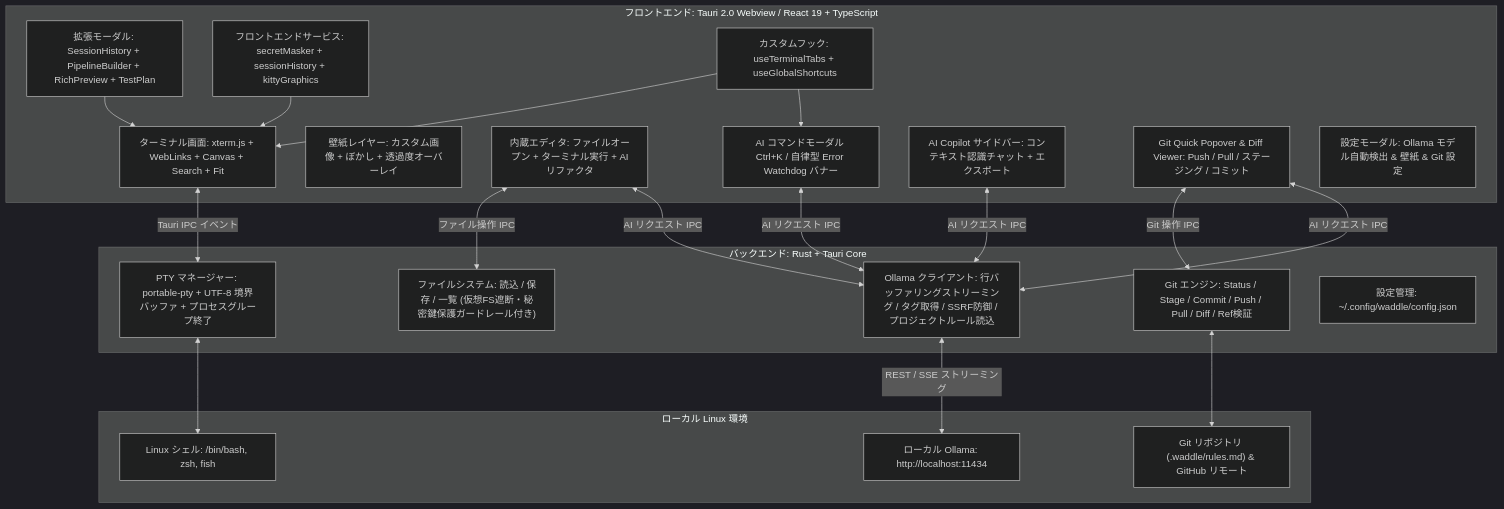
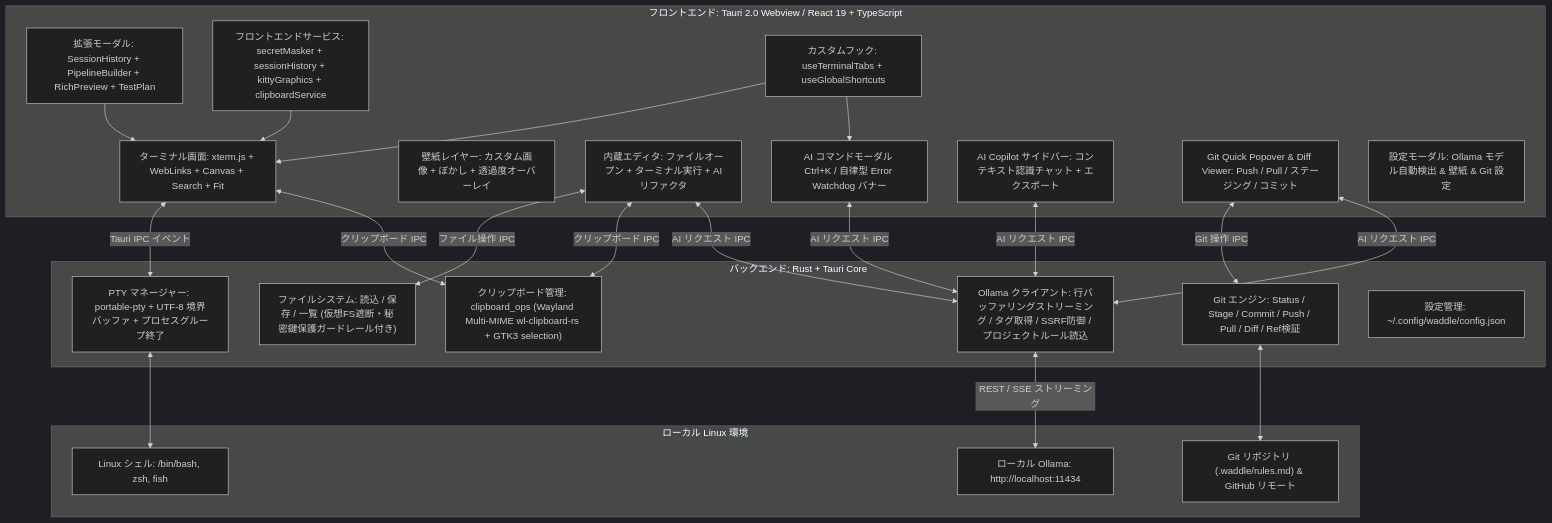
One commit to wammed/Waddle changed the first of 4 diagrams in docs/ARCHITECTURE.ja.md. Above: the diagram before and after it, drawn with Mermaid (dark theme). The commit also changed other lines of this file and 28 other files, not shown here.

Commit message:
docs: sync documentation suite for clipboard and Wayland multi-MIME

````diff
--- a/docs/ARCHITECTURE.ja.md
+++ b/docs/ARCHITECTURE.ja.md
@@ -9,41 +9,43 @@
 ```mermaid
 graph TD
     subgraph UI_Layer ["フロントエンド: Tauri 2.0 Webview / React 19 + TypeScript"]
         TermView["ターミナル画面: xterm.js + WebLinks + Canvas + Search + Fit"]
         WallLayer["壁紙レイヤー: カスタム画像 + ぼかし + 透過度オーバーレイ"]
         Editor["内蔵エディタ: ファイルオープン + ターミナル実行 + AIリファクタ"]
         AIOverlay["AI コマンドモーダル Ctrl+K / 自律型 Error Watchdog バナー"]
         Copilot["AI Copilot サイドバー: コンテキスト認識チャット + エクスポート"]
         GitUI["Git Quick Popover & Diff Viewer: Push / Pull / ステージング / コミット"]
         NextGenModals["拡張モーダル: SessionHistory + PipelineBuilder + RichPreview + TestPlan"]
-        Services["フロントエンドサービス: secretMasker + sessionHistory + kittyGraphics"]
+        Services["フロントエンドサービス: secretMasker + sessionHistory + kittyGraphics + clipboardService"]
         Settings["設定モーダル: Ollama モデル自動検出 & 壁紙 & Git 設定"]
         Hooks["カスタムフック: useTerminalTabs + useGlobalShortcuts"]
     end
 
     subgraph Rust_Backend ["バックエンド: Rust + Tauri Core"]
         PtyMgr["PTY マネージャー: portable-pty + UTF-8 境界バッファ + プロセスグループ終了"]
         GitCore["Git エンジン: Status / Stage / Commit / Push / Pull / Diff / Ref検証"]
         AiCore["Ollama クライアント: 行バッファリングストリーミング / タグ取得 / SSRF防御 / プロジェクトルール読込"]
         FileIO["ファイルシステム: 読込 / 保存 / 一覧 (仮想FS遮断・秘密鍵保護ガードレール付き)"]
+        ClipCore["クリップボード管理: clipboard_ops (Wayland Multi-MIME wl-clipboard-rs + GTK3 selection)"]
         ConfigMgr["設定管理: ~/.config/waddle/config.json"]
     end
 
     subgraph System_Layer ["ローカル Linux 環境"]
         Shell["Linux シェル: /bin/bash, zsh, fish"]
         GitRepo["Git リポジトリ (.waddle/rules.md) & GitHub リモート"]
         Ollama["ローカル Ollama: http://localhost:11434"]
     end
 
     TermView <-->|Tauri IPC イベント| PtyMgr
     PtyMgr <--> Shell
     GitUI <-->|Git 操作 IPC| GitCore
     GitCore <--> GitRepo
     Editor <-->|ファイル操作 IPC| FileIO
+    Editor & TermView <-->|クリップボード IPC| ClipCore
     AIOverlay & Copilot & Editor & GitUI <-->|AI リクエスト IPC| AiCore
     AiCore <-->|REST / SSE ストリーミング| Ollama
     Hooks --> TermView
     Hooks --> AIOverlay
     Services --> TermView
     NextGenModals --> TermView
 ```
````
